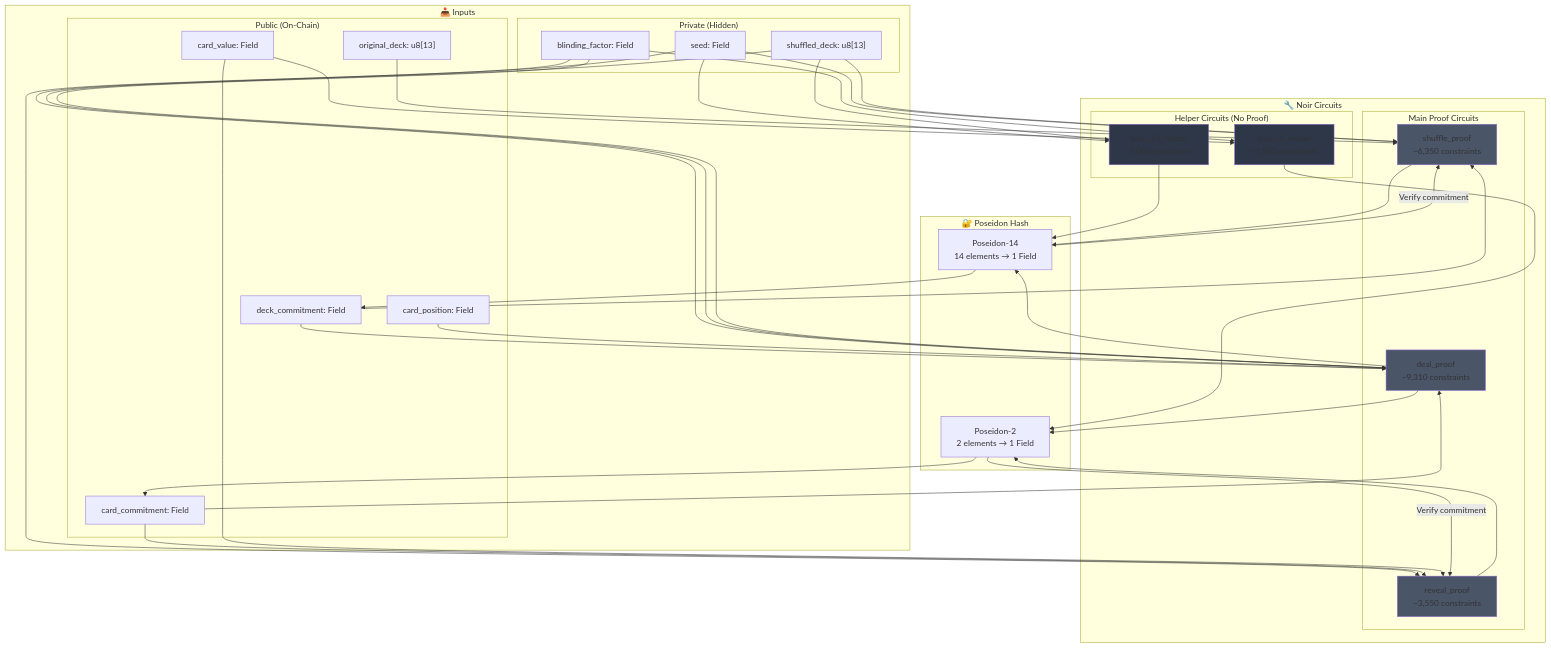
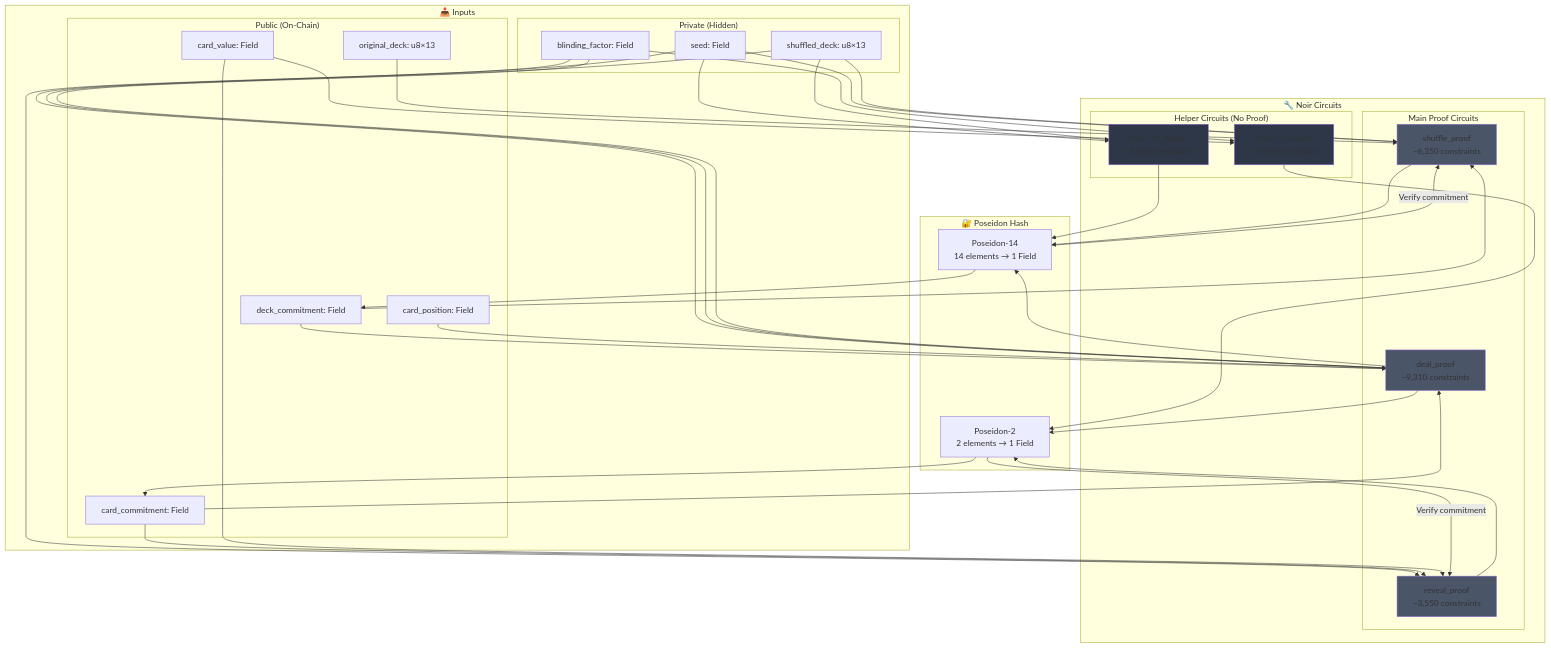
Before and after one commit to Marcussy34/solanaprivacyhack: the ninth of 12 diagrams in README.md, drawn with Mermaid.

Commit message:
updated mermaid diagram for circuit architecture

````diff
--- a/README.md
+++ b/README.md
@@ -606,74 +606,74 @@
 ```mermaid
 flowchart TB
     subgraph Circuits["🔧 Noir Circuits"]
         subgraph Main["Main Proof Circuits"]
             SP[shuffle_proof<br/>~6,350 constraints]
             DP[deal_proof<br/>~9,310 constraints]
             RP[reveal_proof<br/>~3,550 constraints]
         end
 
         subgraph Helper["Helper Circuits (No Proof)"]
             H14[hash_14_helper<br/>~5,000 constraints]
             H2[hash_2_helper<br/>~3,500 constraints]
         end
     end
 
     subgraph Inputs["📥 Inputs"]
         subgraph Private["Private (Hidden)"]
             seed[seed: Field]
-            deck["shuffled_deck: u8[13]"]
+            deck["shuffled_deck: u8×13"]
             blind[blinding_factor: Field]
         end
 
         subgraph Public["Public (On-Chain)"]
             dc[deck_commitment: Field]
             cc[card_commitment: Field]
             pos[card_position: Field]
             val[card_value: Field]
-            orig["original_deck: u8[13]"]
+            orig["original_deck: u8×13"]
         end
     end
 
     subgraph Hash["🔐 Poseidon Hash"]
         P14[Poseidon-14<br/>14 elements → 1 Field]
         P2[Poseidon-2<br/>2 elements → 1 Field]
     end
 
     seed --> SP
     deck --> SP
     dc --> SP
     orig --> SP
     SP --> P14
     P14 --> |"Verify commitment"| SP
 
     seed --> DP
     deck --> DP
     blind --> DP
     dc --> DP
     cc --> DP
     pos --> DP
     DP --> P14
     DP --> P2
 
     blind --> RP
     cc --> RP
     val --> RP
     RP --> P2
     P2 --> |"Verify commitment"| RP
 
     seed --> H14
     deck --> H14
     H14 --> P14
     P14 --> dc
 
     val --> H2
     blind --> H2
     H2 --> P2
     P2 --> cc
 
     style SP fill:#4a5568
     style DP fill:#4a5568
     style RP fill:#4a5568
     style H14 fill:#2d3748
     style H2 fill:#2d3748
 ```
````
